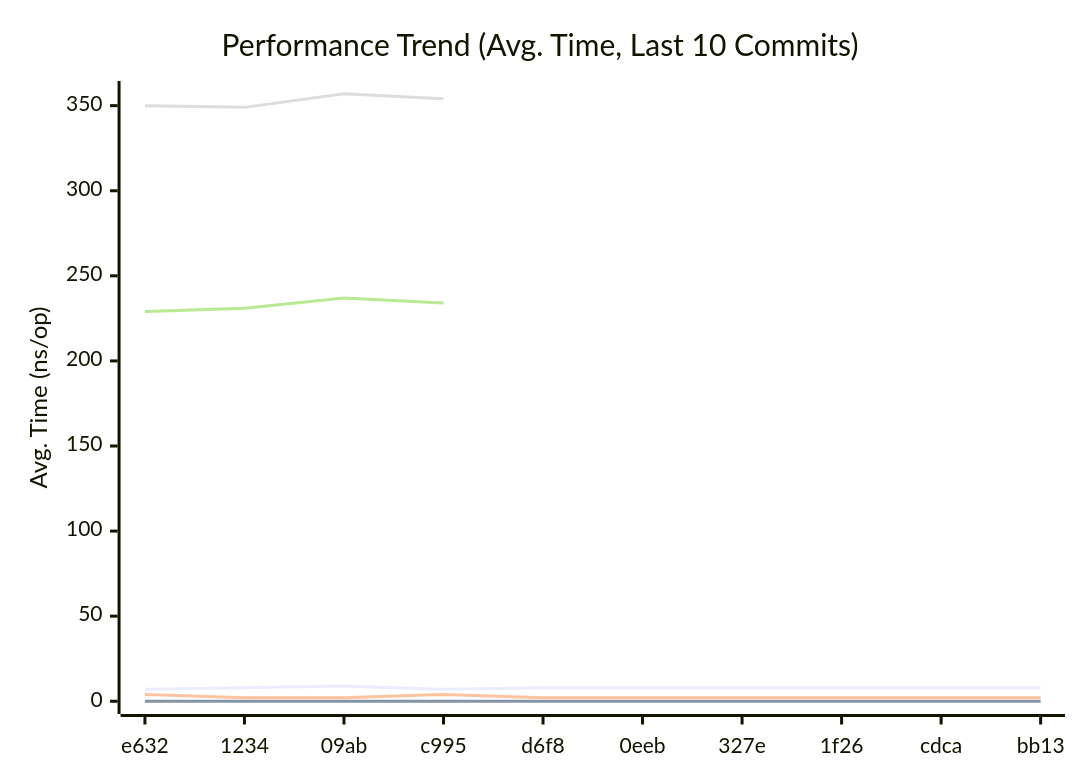
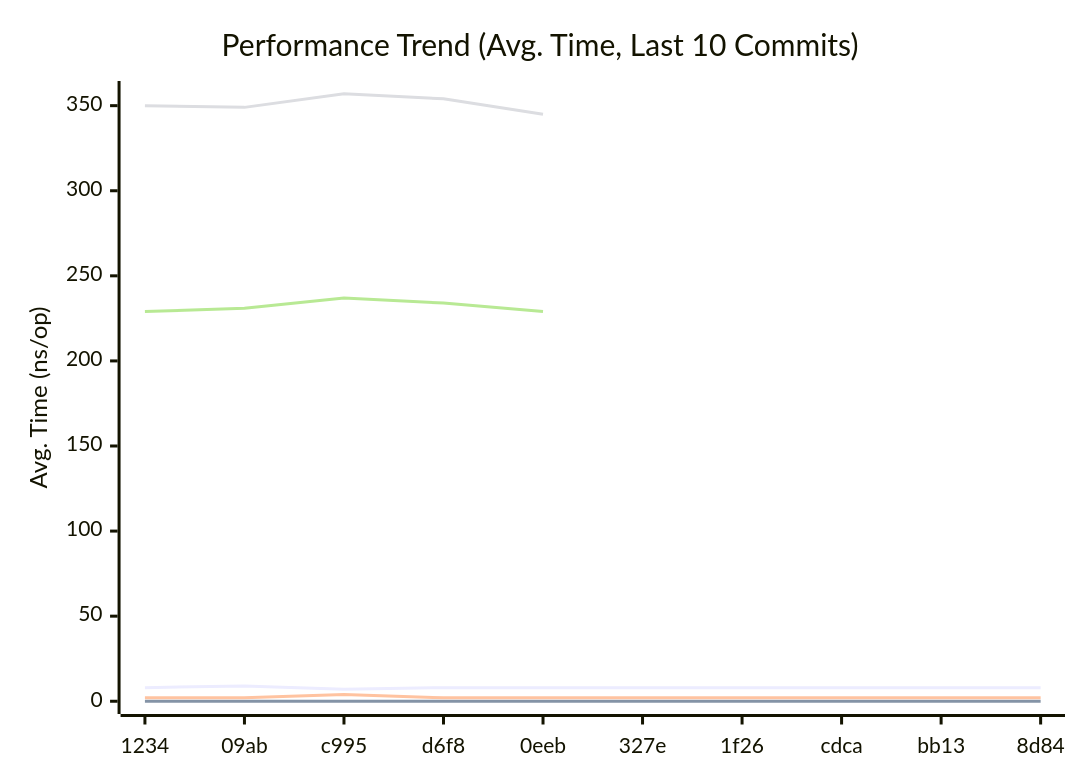
Before and after one commit to alsotoes/momo: the first of 3 diagrams in doc/README.md, drawn with Mermaid. The commit also changed other lines of this file and 1 other file, not shown here.

````diff
--- a/doc/README.md
+++ b/doc/README.md
@@ -296,12 +296,12 @@
 ```mermaid
 xychart-beta
     title "Performance Trend (Avg. Time, Last 10 Commits)"
     x-axis "Commit"
     y-axis "Avg. Time (ns/op)"
-    x-axis [e632,1234,09ab,c995,d6f8,0eeb,327e,1f26,cdca,bb13]
-    line "CheckMetricsAndSwap" [7,8,9,7,8,8,8,8,8,8]
+    x-axis [1234,09ab,c995,d6f8,0eeb,327e,1f26,cdca,bb13,8d84]
+    line "CheckMetricsAndSwap" [8,9,7,8,8,8,8,8,8,8]
     line "IndexDirectTracking" [0,0,0,0,0,0,0,0,0,0]
-    line "IndexSearch" [4,2,2,4,2,2,2,2,2,2]
-    line "ParseReplicationOrder_NoPrealloc" [350,349,357,354]
-    line "ParseReplicationOrder_Prealloc" [229,231,237,234]
+    line "IndexSearch" [2,2,4,2,2,2,2,2,2,2]
+    line "ParseReplicationOrder_NoPrealloc" [350,349,357,354,345]
+    line "ParseReplicationOrder_Prealloc" [229,231,237,234,229]
 ```
````
